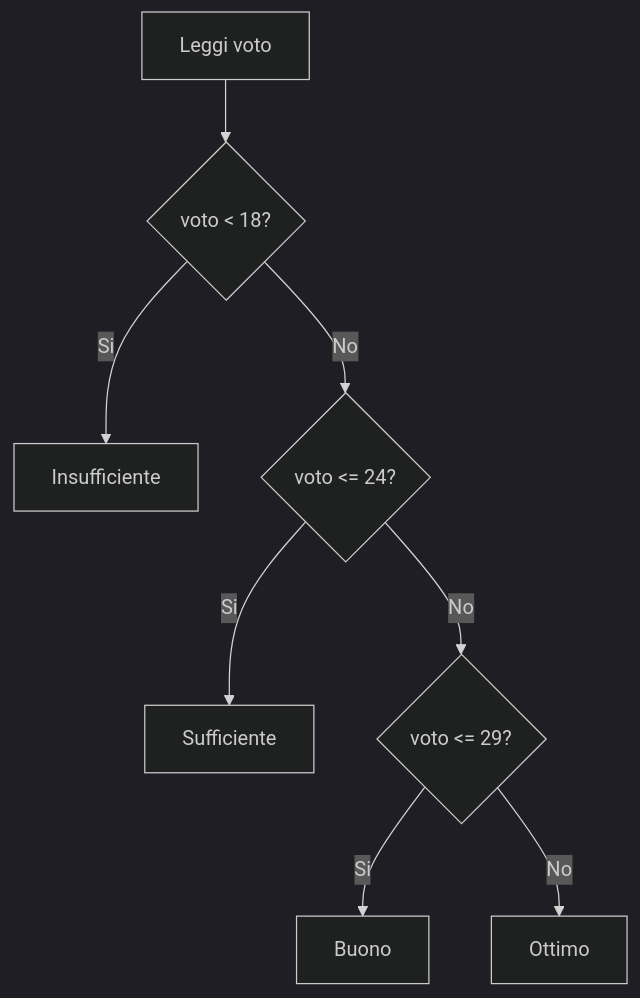
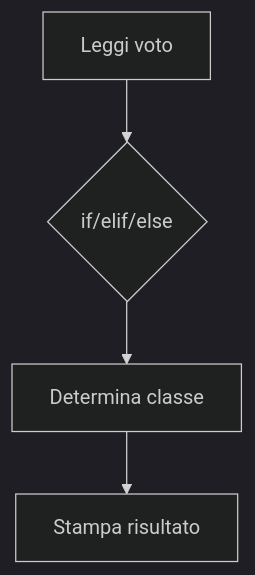
One commit to lucadagati/Lab_Fondamenti_di_Informatica_25_26 changed the second of 20 diagrams in 04-python-jupyter-analisi-biomedica/README.md. Above: the diagram before and after it, drawn with Mermaid (dark theme). The commit also changed other lines of this file, not shown here.

First line of the commit message:
README Lab 4: diagrammi separati per Jupyter e Python

````diff
--- a/04-python-jupyter-analisi-biomedica/README.md
+++ b/04-python-jupyter-analisi-biomedica/README.md
@@ -71,10 +83,6 @@
 ```mermaid
 flowchart TD
-    A[Leggi voto] --> B{voto < 18?}
-    B -- Si --> C[Insufficiente]
-    B -- No --> D{voto <= 24?}
-    D -- Si --> E[Sufficiente]
-    D -- No --> F{voto <= 29?}
-    F -- Si --> G[Buono]
-    F -- No --> H[Ottimo]
+    A[Leggi voto] --> B{if/elif/else}
+    B --> C[Determina classe]
+    C --> D[Stampa risultato]
 ```
````
